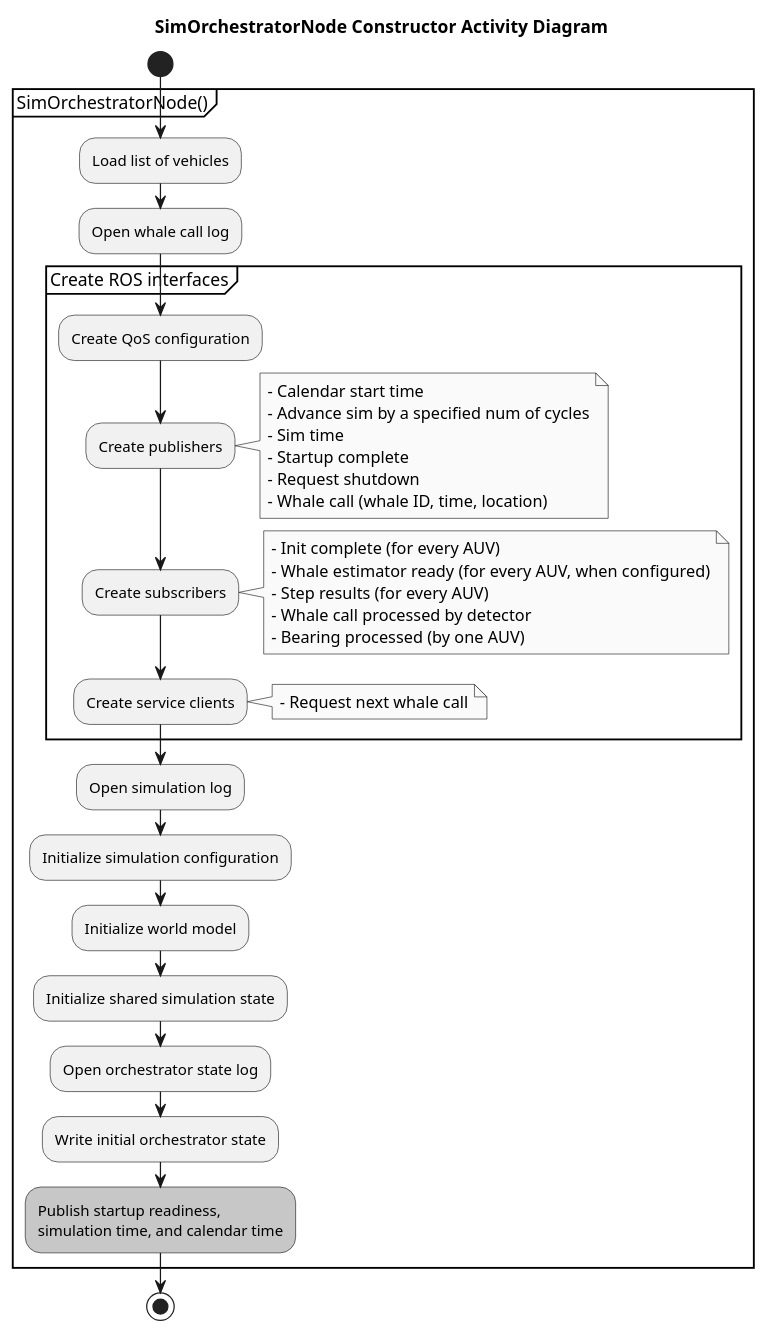
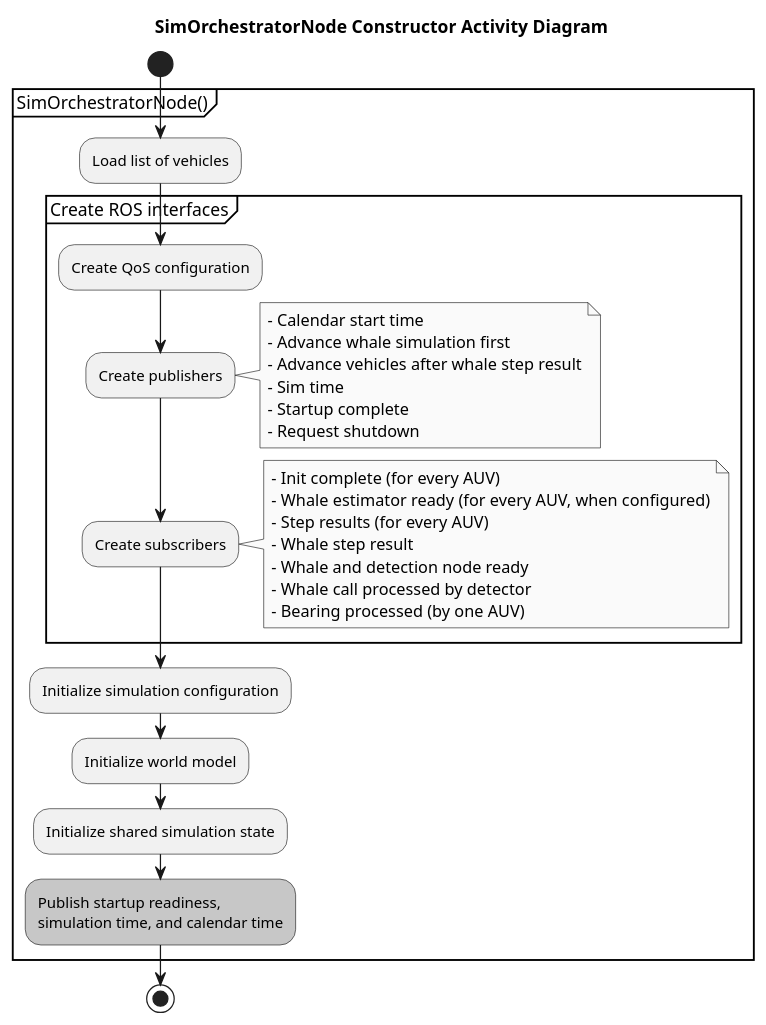
One commit to Tebcherani/MANTA changed the diagram in components/manta_core/docs/sim_orchestrator_init.puml. Above: the diagram before and after it, drawn with PlantUML. The commit also changed 41 other files, not shown here.

Commit message:
Refactored manta core and simulation orchestrator

```diff
--- a/components/manta_core/docs/sim_orchestrator_init.puml
+++ b/components/manta_core/docs/sim_orchestrator_init.puml
@@ -1,51 +1,46 @@
 @startuml
 title SimOrchestratorNode Constructor Activity Diagram
 
 skinparam monochrome true
 skinparam shadowing false
 skinparam svgLinkTarget _self
 
 start
 
 partition "SimOrchestratorNode()" {
     :Load list of vehicles;    
-    :Open whale call log;
     partition "Create ROS interfaces" {
         :Create QoS configuration;
         
         :Create publishers;
         note right
             - Calendar start time
-            - Advance sim by a specified num of cycles
+            - Advance whale simulation first
+            - Advance vehicles after whale step result
             - Sim time
             - Startup complete
             - Request shutdown
-            - Whale call (whale ID, time, location)
         end note
 
         :Create subscribers;
         note right
             - Init complete (for every AUV)
             - Whale estimator ready (for every AUV, when configured)
             - Step results (for every AUV)
+            - Whale step result
+            - Whale and detection node ready
             - Whale call processed by detector
             - Bearing processed (by one AUV)
         end note
 
-        :Create service clients;
-        note right: - Request next whale call
-
     }
     
-    :Open simulation log;
     :Initialize simulation configuration;
     :Initialize world model;
     :Initialize shared simulation state;
-    :Open orchestrator state log;
-    :Write initial orchestrator state;
     #lightgreen:Publish startup readiness,\nsimulation time, and calendar time;
 }
 
 stop
 
 @enduml
```
